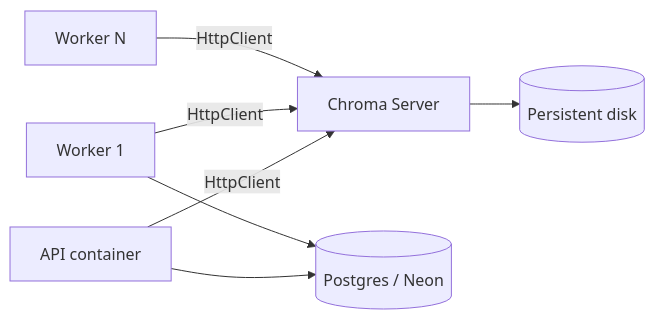
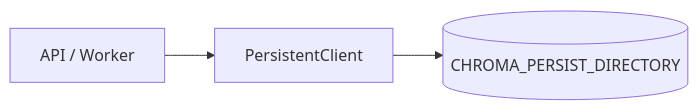
One commit to adityaaa2306/enterprise-document-rag changed the diagram in backend/docs/CHROMA_PRODUCTION.md. Above: the diagram before and after it, drawn with Mermaid. The commit also changed other lines of this file and 18 other files, not shown here.

First line of the commit message:
Migrate Chroma to embedded PersistentClient for portfolio deploys.

````diff
--- a/backend/docs/CHROMA_PRODUCTION.md
+++ b/backend/docs/CHROMA_PRODUCTION.md
@@ -25,9 +19,5 @@
 ```mermaid
 flowchart LR
-  API[API container] -->|HttpClient| Chroma[Chroma Server]
-  W1[Worker 1] -->|HttpClient| Chroma
-  W2[Worker N] -->|HttpClient| Chroma
-  Chroma --> Disk[(Persistent disk)]
-  API --> PG[(Postgres / Neon)]
-  W1 --> PG
+  API[API / Worker] --> PC[PersistentClient]
+  PC --> Disk[(CHROMA_PERSIST_DIRECTORY)]
 ```
````
